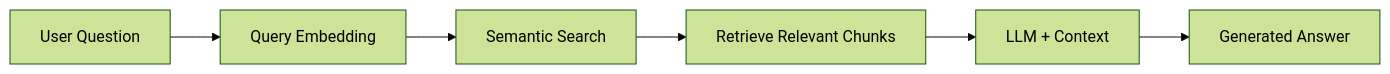
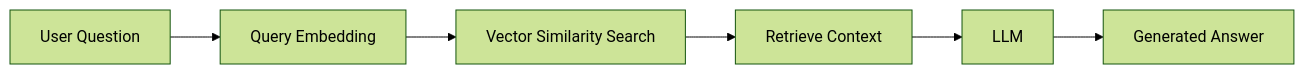
The third of 4 diagrams in README.md (behra527/MediRAG-AI-Intelligent-Document-Assistant), drawn with Mermaid (forest theme) before and after one commit. The commit also changed other lines of this file, not shown here.

````diff
--- a/README.md
+++ b/README.md
@@ -131,8 +100,8 @@
 ```mermaid
 flowchart LR
     A["User Question"] --> B["Query Embedding"]
-    B --> C["Semantic Search"]
-    C --> D["Retrieve Relevant Chunks"]
-    D --> E["LLM + Context"]
+    B --> C["Vector Similarity Search"]
+    C --> D["Retrieve Context"]
+    D --> E["LLM"]
     E --> F["Generated Answer"]
 ```
````
